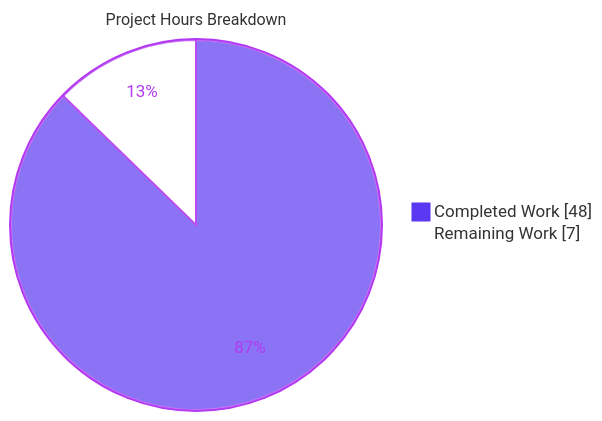
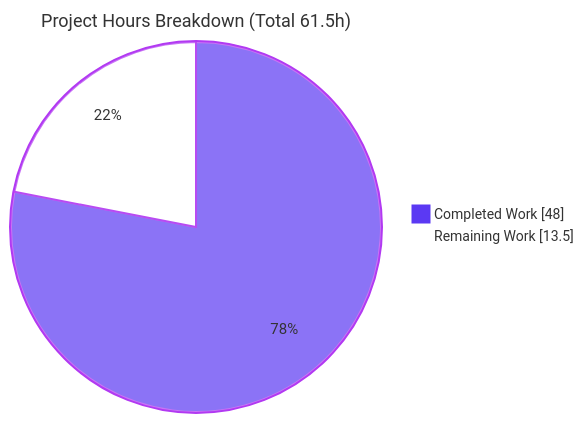
One commit to ajitblitzy/Society_Mngt_26-Jun-2026-Afternoon changed the second of 3 diagrams in blitzy/documentation/Project Guide.md. Above: the diagram before and after it, drawn with Mermaid. The commit also changed other lines of this file, not shown here.

Commit message:
Adding Blitzy Project Guide: Project Status and Human Tasks Remaining

````diff
--- a/blitzy/documentation/Project Guide.md
+++ b/blitzy/documentation/Project Guide.md
@@ -209,6 +191,7 @@
 ```mermaid
-%%{init: {'theme':'base', 'themeVariables': {'pie1':'#5B39F3','pie2':'#FFFFFF','pieStrokeColor':'#B23AF2','pieOuterStrokeColor':'#B23AF2','pieSectionTextColor':'#B23AF2','pieStrokeWidth':'2px','pieTitleTextSize':'16px'}}}%%
-pie showData title Project Hours Breakdown
-    "Completed Work" : 48
-    "Remaining Work" : 7
+%%{init: {'theme':'base', 'themeVariables': {'pie1':'#5B39F3','pie2':'#FFFFFF','pieStrokeColor':'#B23AF2','pieStrokeWidth':'2px','pieOuterStrokeColor':'#B23AF2','pieOuterStrokeWidth':'2px','pieTitleTextSize':'18px','pieSectionTextSize':'15px','pieLegendTextSize':'14px'}}}%%
+pie showData
+    title Project Hours Breakdown (Total 61.5h)
+    "Completed Work" : 48.0
+    "Remaining Work" : 13.5
 ```
````
